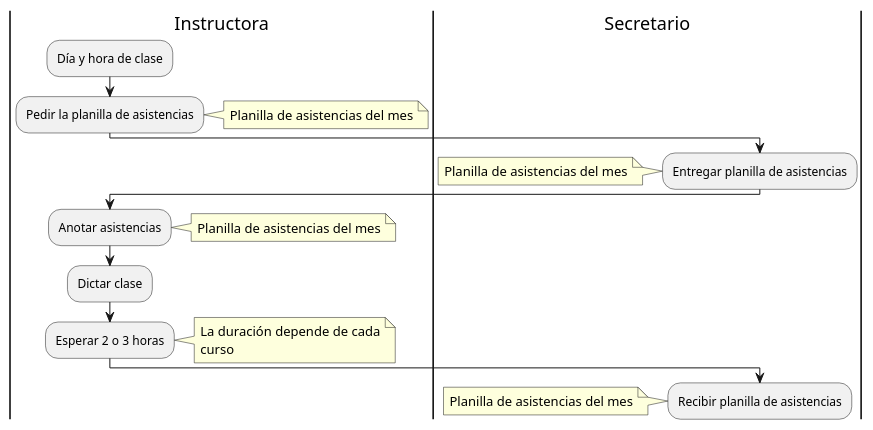
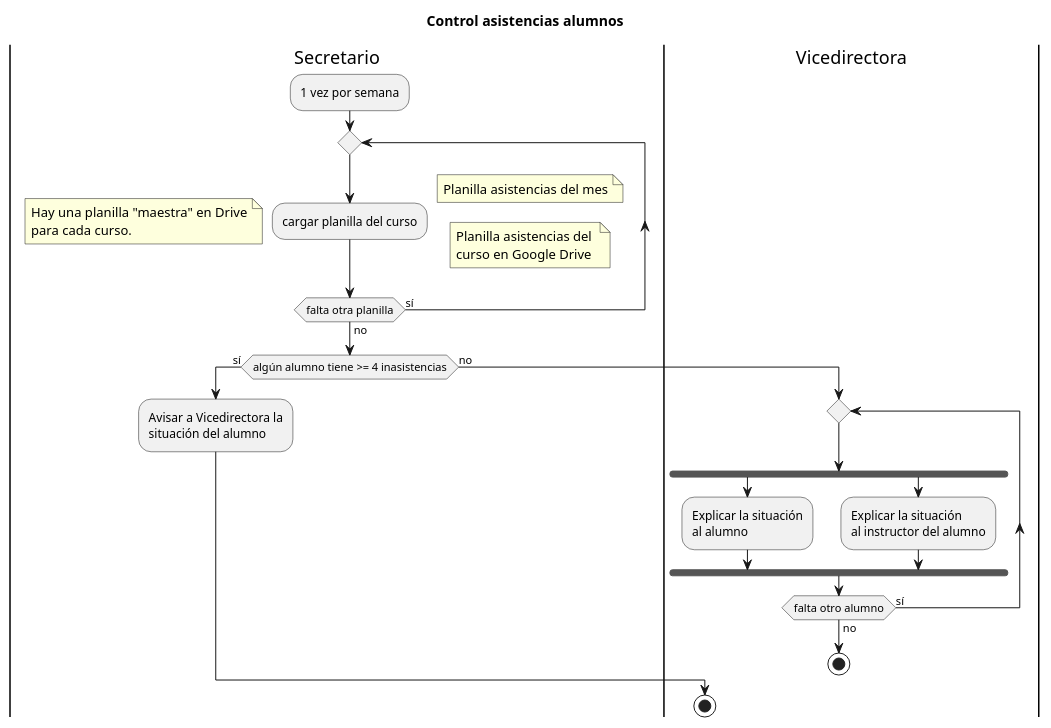
The diagram in control_asistencias_alumnos.pu (esteban4321duran/americana-docs), drawn with PlantUML before and after one commit. The commit also changed 3 other files, not shown here.

```diff
--- a/control_asistencias_alumnos.pu
+++ b/control_asistencias_alumnos.pu
@@ -1,33 +1,41 @@
 @startuml
-|Instructora|
-:Día y hora de clase;
-:Pedir la planilla de asistencias; 
+title Control asistencias alumnos
+
+|Secretario|
+:1 vez por semana;
+
+repeat
+:cargar planilla del curso;
+
 note right
-Planilla de asistencias del mes
+Planilla asistencias del mes
+end note
+note right
+Planilla asistencias del 
+curso en Google Drive
+end note
+note 
+Hay una planilla "maestra" en Drive
+para cada curso.
 end note
 
-|Secretario|
-:Entregar planilla de asistencias;
-note left
-Planilla de asistencias del mes
-end note
+repeat while (falta otra planilla) is (sí) not (no)
 
-|Instructora|
-:Anotar asistencias;
-note right
-Planilla de asistencias del mes
-end note
-:Dictar clase;
-:Esperar 2 o 3 horas;
-note right
-La duración depende de cada
-curso
-end note
-
-|Secretario|
-:Recibir planilla de asistencias;
-note left
-Planilla de asistencias del mes
-end note
-
+if (algún alumno tiene >= 4 inasistencias) then (sí)
+	:Avisar a Vicedirectora la
+	situación del alumno;
+else (no)
+	|Vicedirectora|
+	repeat
+	fork
+	:Explicar la situación
+	al alumno;
+	fork again
+	:Explicar la situación
+	al instructor del alumno;
+	end fork
+	repeat while (falta otro alumno) is (sí) not (no)
+	stop
+endif
+stop
 @enduml
```
